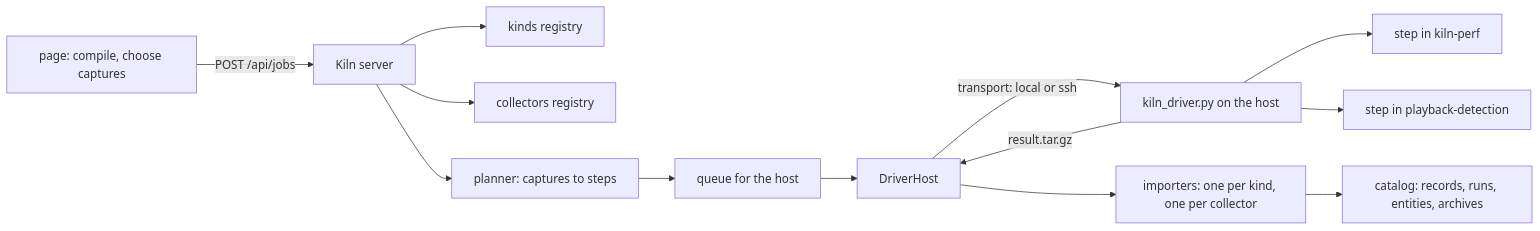
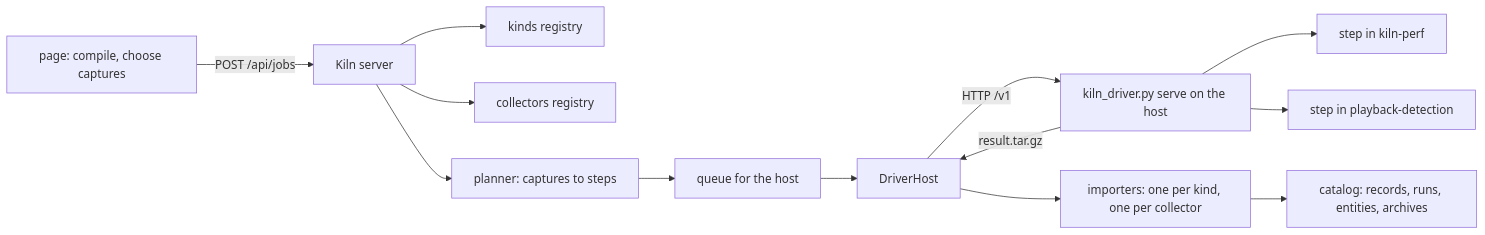
The first of 3 diagrams in ttmp/2026/10/20/KILN-003--one-execution-core-for-kiln-and-perf-lab-hosts-environments-workload-kinds-and-collectors/design-doc/01-intern-guide-one-execution-core-for-kiln-and-perf-lab.md (go-go-golems/kiln), drawn with Mermaid before and after one commit. The commit also changed other lines of this file and 5 other files, not shown here.

Commit message:
KILN-003: one HTTP driver API on every host replaces local and SSH transports; diary step 2

````diff
--- a/ttmp/2026/10/20/KILN-003--one-execution-core-for-kiln-and-perf-lab-hosts-environments-workload-kinds-and-collectors/design-doc/01-intern-guide-one-execution-core-for-kiln-and-perf-lab.md
+++ b/ttmp/2026/10/20/KILN-003--one-execution-core-for-kiln-and-perf-lab-hosts-environments-workload-kinds-and-collectors/design-doc/01-intern-guide-one-execution-core-for-kiln-and-perf-lab.md
@@ -600,15 +602,15 @@
 ```mermaid
 flowchart LR
   P["page: compile, choose captures"] -->|"POST /api/jobs"| S["Kiln server"]
   S --> R1["kinds registry"]
   S --> R2["collectors registry"]
   S --> PL["planner: captures to steps"]
   PL --> Q["queue for the host"]
   Q --> H["DriverHost"]
-  H -->|"transport: local or ssh"| D["kiln_driver.py on the host"]
+  H -->|"HTTP /v1"| D["kiln_driver.py serve on the host"]
   D --> E1["step in kiln-perf"]
   D --> E2["step in playback-detection"]
   D -->|"result.tar.gz"| H
   H --> I["importers: one per kind, one per collector"]
   I --> DB["catalog: records, runs, entities, archives"]
 ```
````
